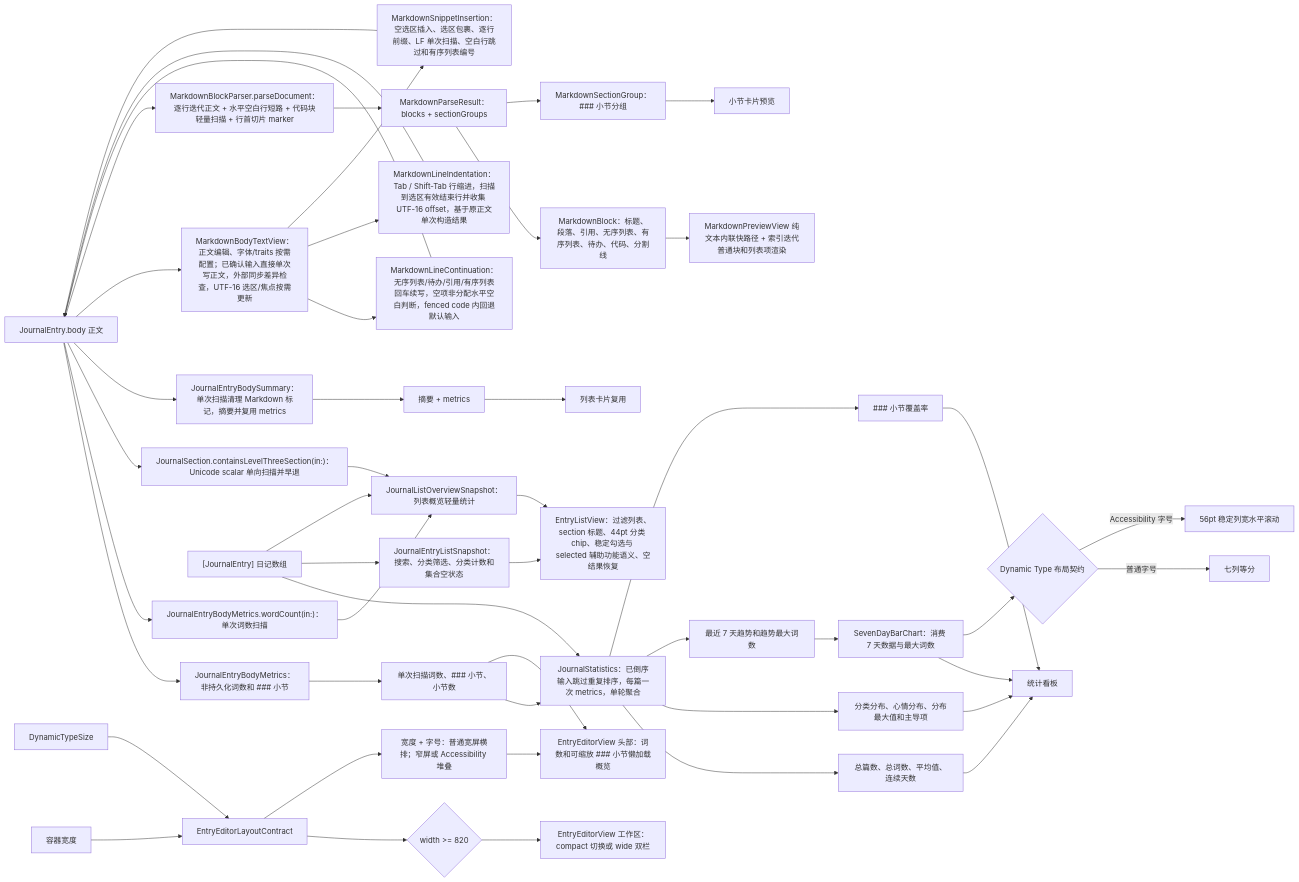
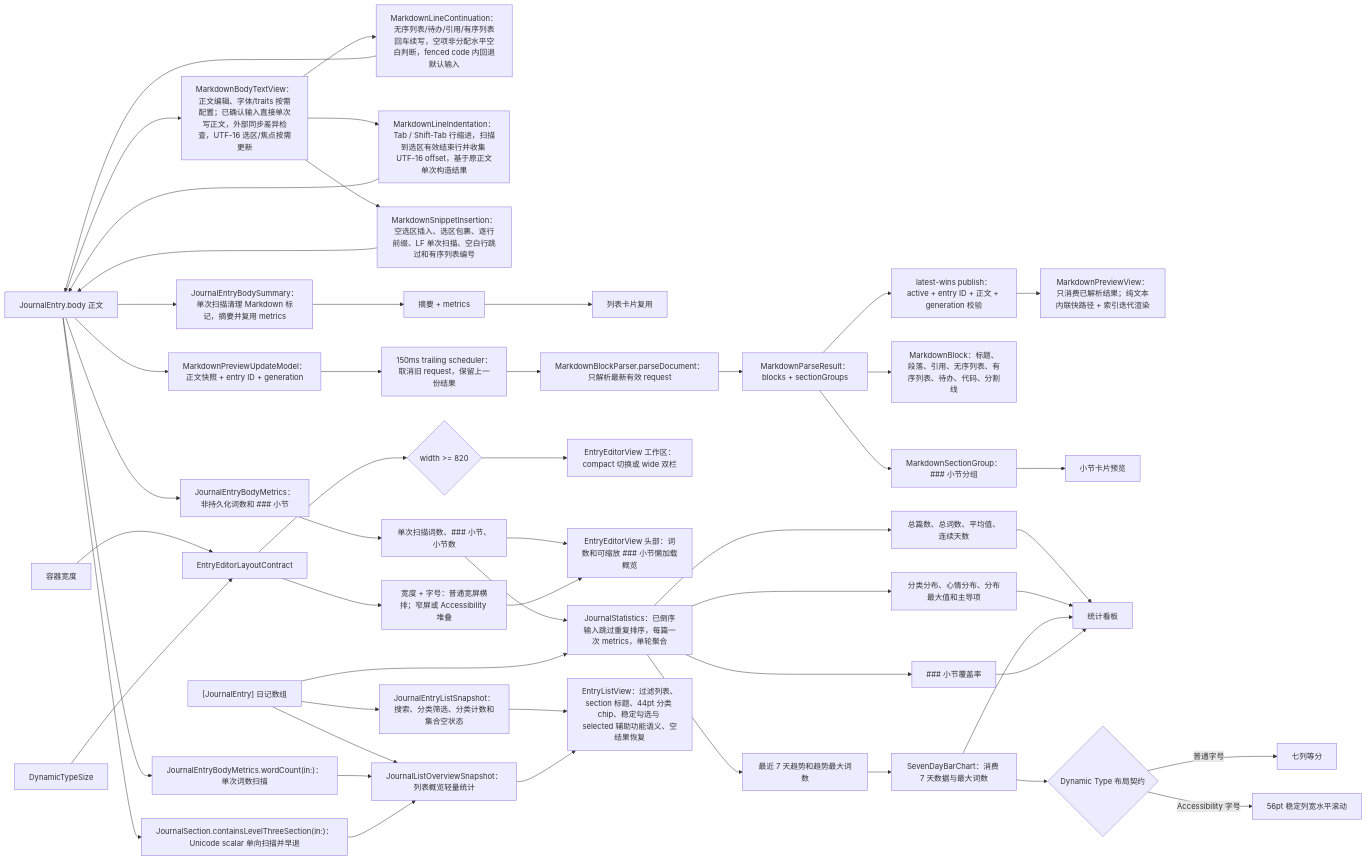
The fourth of 6 diagrams in md/flow/flowchart.md (Altman-sam114/117), drawn with Mermaid before and after one commit. The commit also changed other lines of this file and 10 other files, not shown here.

````diff
--- a/md/flow/flowchart.md
+++ b/md/flow/flowchart.md
@@ -158,50 +160,53 @@
 ```mermaid
 flowchart LR
   Body["JournalEntry.body 正文"] --> MetricsNode2["JournalEntryBodyMetrics：非持久化词数和 ### 小节"]
   Body --> OverviewWordCount["JournalEntryBodyMetrics.wordCount(in:)：单次词数扫描"]
   Body --> SectionPresence2["JournalSection.containsLevelThreeSection(in:)：Unicode scalar 单向扫描并早退"]
   Body --> Summary["JournalEntryBodySummary：单次扫描清理 Markdown 标记，摘要并复用 metrics"]
   Body --> BodyText["MarkdownBodyTextView：正文编辑、字体/traits 按需配置；已确认输入直接单次写正文，外部同步差异检查，UTF-16 选区/焦点按需更新"]
   BodyText --> ContinueRule["MarkdownLineContinuation：无序列表/待办/引用/有序列表回车续写，空项非分配水平空白判断，fenced code 内回退默认输入"]
   ContinueRule --> Body
   BodyText --> IndentRule["MarkdownLineIndentation：Tab / Shift-Tab 行缩进，扫描到选区有效结束行并收集 UTF-16 offset，基于原正文单次构造结果"]
   IndentRule --> Body
   BodyText --> InsertRule["MarkdownSnippetInsertion：空选区插入、选区包裹、逐行前缀、LF 单次扫描、空白行跳过和有序列表编号"]
   InsertRule --> Body
   MetricsNode2 --> MetricsData["单次扫描词数、### 小节、小节数"]
   Summary --> Excerpt["摘要 + metrics"]
   Excerpt --> RowEditor["列表卡片复用"]
   MetricsData --> Statistics["JournalStatistics：已倒序输入跳过重复排序，每篇一次 metrics，单轮聚合"]
   EditorWidth["容器宽度"] --> EditorLayout["EntryEditorLayoutContract"]
   EditorTypeSize["DynamicTypeSize"] --> EditorLayout
   EditorLayout --> WorkspaceDecision{"width >= 820"}
   WorkspaceDecision --> EditorWorkspace["EntryEditorView 工作区：compact 切换或 wide 双栏"]
   EditorLayout --> HeaderDecision["宽度 + 字号：普通宽屏横排；窄屏或 Accessibility 堆叠"]
   MetricsData --> EditorHeader["EntryEditorView 头部：词数和可缩放 ### 小节懒加载概览"]
   HeaderDecision --> EditorHeader
-  Body --> Parse["MarkdownBlockParser.parseDocument：逐行迭代正文 + 水平空白行短路 + 代码块轻量扫描 + 行首切片 marker"]
+  Body --> PreviewRequest["MarkdownPreviewUpdateModel：正文快照 + entry ID + generation"]
+  PreviewRequest --> PreviewScheduler["150ms trailing scheduler：取消旧 request，保留上一份结果"]
+  PreviewScheduler --> Parse["MarkdownBlockParser.parseDocument：只解析最新有效 request"]
   Parse --> Result["MarkdownParseResult：blocks + sectionGroups"]
+  Result --> LatestWins["latest-wins publish：active + entry ID + 正文 + generation 校验"]
   Result --> Blocks["MarkdownBlock：标题、段落、引用、无序列表、有序列表、待办、代码、分割线"]
-  Blocks --> Preview["MarkdownPreviewView 纯文本内联快路径 + 索引迭代普通块和列表项渲染"]
+  LatestWins --> Preview["MarkdownPreviewView：只消费已解析结果；纯文本内联快路径 + 索引迭代渲染"]
   Result --> Sections["MarkdownSectionGroup：### 小节分组"]
   Sections --> SectionPreview["小节卡片预览"]
   Entries["[JournalEntry] 日记数组"] --> Statistics
   Entries --> ListSnapshot2["JournalEntryListSnapshot：搜索、分类筛选、分类计数和集合空状态"]
   ListSnapshot2 --> ListView["EntryListView：过滤列表、section 标题、44pt 分类 chip、稳定勾选与 selected 辅助功能语义、空结果恢复"]
   Entries --> ListOverview2["JournalListOverviewSnapshot：列表概览轻量统计"]
   OverviewWordCount --> ListOverview2
   SectionPresence2 --> ListOverview2
   ListOverview2 --> ListView
   Statistics --> Metrics["总篇数、总词数、平均值、连续天数"]
   Statistics --> Distributions["分类分布、心情分布、分布最大值和主导项"]
   Statistics --> Trend["最近 7 天趋势和趋势最大词数"]
   Statistics --> Coverage["### 小节覆盖率"]
   Metrics --> Dashboard["统计看板"]
   Distributions --> Dashboard
   Trend --> TrendChart["SevenDayBarChart：消费 7 天数据与最大词数"]
   TrendChart --> Dashboard
   TrendChart --> TrendLayout2{"Dynamic Type 布局契约"}
   TrendLayout2 -- "普通字号" --> EqualTrend2["七列等分"]
   TrendLayout2 -- "Accessibility 字号" --> ScrollingTrend2["56pt 稳定列宽水平滚动"]
   Coverage --> Dashboard
 ```
````
